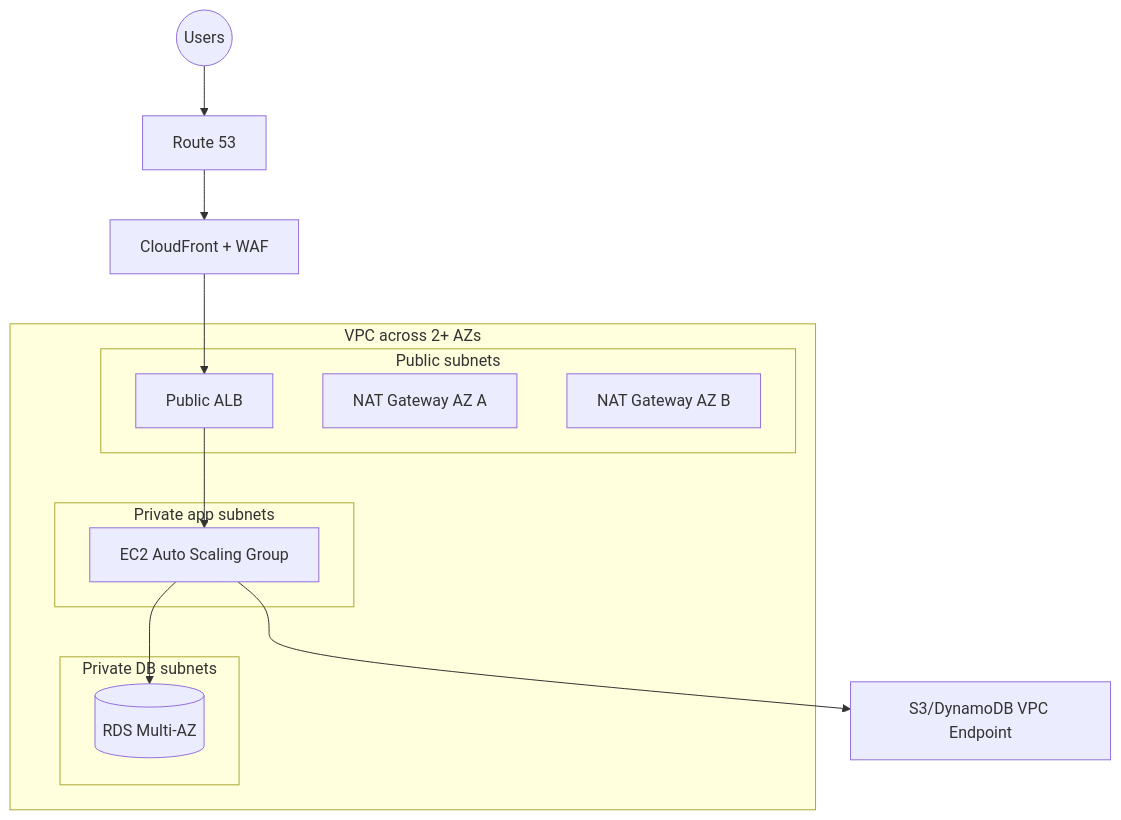
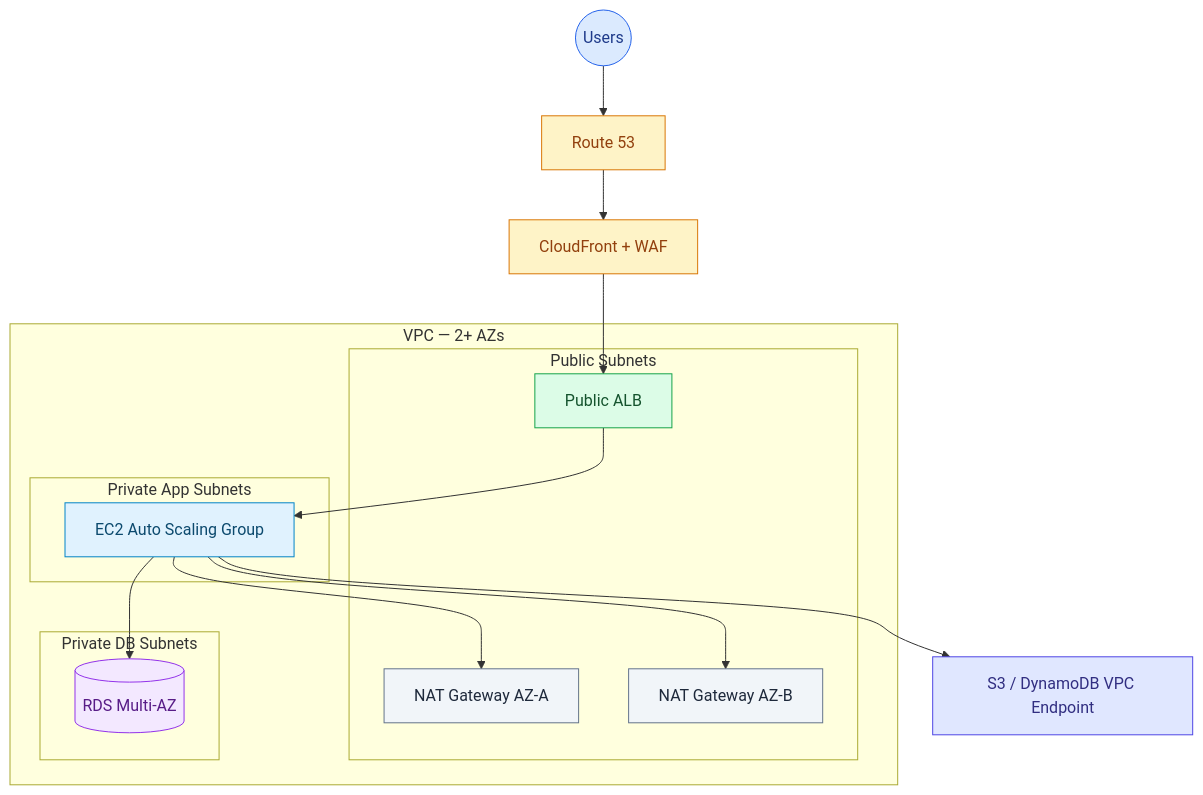
The first of 11 diagrams in AWS/02-architecture/architecture-patterns.md (dinhnhatnguyen/Map_di_phong_van), drawn with Mermaid before and after one commit. The commit also changed other lines of this file and 1 other file, not shown here.

Commit message:
docs: Enhance architecture patterns documentation with improved mermaid diagrams and additional details

````diff
--- a/AWS/02-architecture/architecture-patterns.md
+++ b/AWS/02-architecture/architecture-patterns.md
@@ -7,22 +7,35 @@
 ```mermaid
 flowchart TD
-    User((Users)) --> R53[Route 53]
-    R53 --> CF[CloudFront + WAF]
-    CF --> ALB[Public ALB]
-    subgraph VPC[VPC across 2+ AZs]
-      subgraph Public[Public subnets]
+    classDef internet fill:#dbeafe,stroke:#2563eb,color:#1e3a8a
+    classDef edge    fill:#fef3c7,stroke:#d97706,color:#92400e
+    classDef lb      fill:#dcfce7,stroke:#16a34a,color:#14532d
+    classDef compute fill:#e0f2fe,stroke:#0284c7,color:#0c4a6e
+    classDef db      fill:#f3e8ff,stroke:#9333ea,color:#581c87
+    classDef storage fill:#cffafe,stroke:#0891b2,color:#164e63
+    classDef nat     fill:#f1f5f9,stroke:#64748b,color:#1e293b
+    classDef endpoint fill:#e0e7ff,stroke:#4f46e5,color:#312e81
+
+    User((Users)):::internet --> R53[Route 53]:::edge
+    R53 --> CF[CloudFront + WAF]:::edge
+    CF --> ALB[Public ALB]:::lb
+
+    subgraph VPC[VPC — 2+ AZs]
+      subgraph Pub[Public Subnets]
         ALB
-        NAT1[NAT Gateway AZ A]
-        NAT2[NAT Gateway AZ B]
+        NAT1[NAT Gateway AZ-A]:::nat
+        NAT2[NAT Gateway AZ-B]:::nat
       end
-      subgraph PrivateApp[Private app subnets]
-        ASG[EC2 Auto Scaling Group]
+      subgraph App[Private App Subnets]
+        ASG[EC2 Auto Scaling Group]:::compute
       end
-      subgraph PrivateData[Private DB subnets]
-        RDS[(RDS Multi-AZ)]
+      subgraph Data[Private DB Subnets]
+        RDS[(RDS Multi-AZ)]:::db
       end
     end
+
     ALB --> ASG
     ASG --> RDS
-    ASG --> VPCE[S3/DynamoDB VPC Endpoint]
+    ASG --> NAT1
+    ASG --> NAT2
+    ASG --> EP[S3 / DynamoDB VPC Endpoint]:::endpoint
 ```
````
